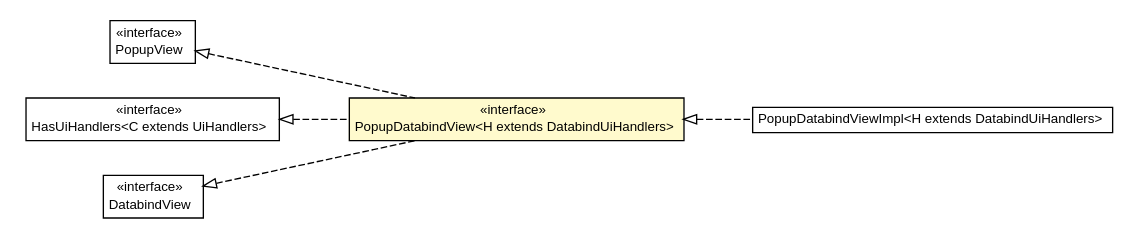
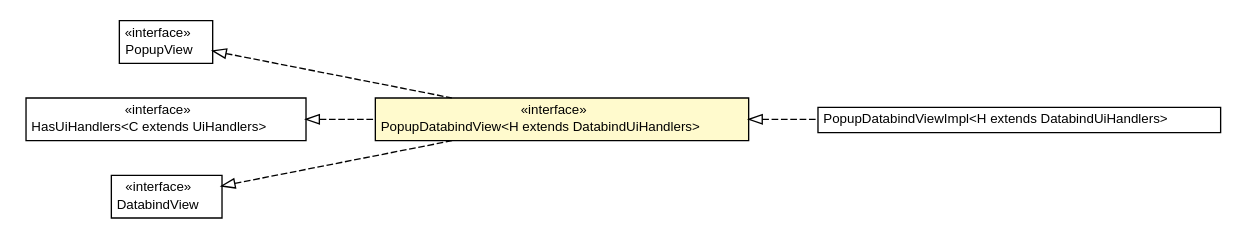
Before and after one commit to growbit/turbogwt-gwtp: the diagram in javadoc/apidocs/org/turbogwt/ext/gwtp/databind/client/PopupDatabindView.dot, drawn with Graphviz. The commit also changed 47 other files, not shown here.

```diff
--- a/javadoc/apidocs/org/turbogwt/ext/gwtp/databind/client/PopupDatabindView.dot
+++ b/javadoc/apidocs/org/turbogwt/ext/gwtp/databind/client/PopupDatabindView.dot
@@ -1,55 +1,55 @@
 #!/usr/local/bin/dot
 #
 # Class diagram 
 # Generated by UMLGraph version R5_6-24-gf6e263 (http://www.umlgraph.org/)
 #
 
 digraph G {
-	edge [fontname="arial",fontsize=10,labelfontname="arial",labelfontsize=10];
-	node [fontname="arial",fontsize=10,shape=plaintext];
+	edge [fontname="Helvetica",fontsize=10,labelfontname="Helvetica",labelfontsize=10];
+	node [fontname="Helvetica",fontsize=10,shape=plaintext];
 	nodesep=0.25;
 	ranksep=0.5;
 	rankdir=LR;
 	// org.turbogwt.ext.gwtp.databind.client.PopupDatabindViewImpl<H extends org.turbogwt.ext.gwtp.databind.client.DatabindUiHandlers>
 	c45 [label=<<table title="org.turbogwt.ext.gwtp.databind.client.PopupDatabindViewImpl" border="0" cellborder="1" cellspacing="0" cellpadding="2" port="p" href="./PopupDatabindViewImpl.html">
 		<tr><td><table border="0" cellspacing="0" cellpadding="1">
 <tr><td align="center" balign="center"> PopupDatabindViewImpl&lt;H extends DatabindUiHandlers&gt; </td></tr>
 		</table></td></tr>
-		</table>>, URL="./PopupDatabindViewImpl.html", fontname="arial", fontcolor="black", fontsize=10.0];
+		</table>>, URL="./PopupDatabindViewImpl.html", fontname="Helvetica", fontcolor="black", fontsize=10.0];
 	// org.turbogwt.ext.gwtp.databind.client.PopupDatabindView<H extends org.turbogwt.ext.gwtp.databind.client.DatabindUiHandlers>
 	c46 [label=<<table title="org.turbogwt.ext.gwtp.databind.client.PopupDatabindView" border="0" cellborder="1" cellspacing="0" cellpadding="2" port="p" bgcolor="lemonChiffon" href="./PopupDatabindView.html">
 		<tr><td><table border="0" cellspacing="0" cellpadding="1">
 <tr><td align="center" balign="center"> &#171;interface&#187; </td></tr>
 <tr><td align="center" balign="center"> PopupDatabindView&lt;H extends DatabindUiHandlers&gt; </td></tr>
 		</table></td></tr>
-		</table>>, URL="./PopupDatabindView.html", fontname="arial", fontcolor="black", fontsize=10.0];
+		</table>>, URL="./PopupDatabindView.html", fontname="Helvetica", fontcolor="black", fontsize=10.0];
 	//org.turbogwt.ext.gwtp.databind.client.PopupDatabindViewImpl<H extends org.turbogwt.ext.gwtp.databind.client.DatabindUiHandlers> implements org.turbogwt.ext.gwtp.databind.client.PopupDatabindView<H extends org.turbogwt.ext.gwtp.databind.client.DatabindUiHandlers>
 	c46:p -> c45:p [dir=back,arrowtail=empty,style=dashed];
 	//org.turbogwt.ext.gwtp.databind.client.PopupDatabindView<H extends org.turbogwt.ext.gwtp.databind.client.DatabindUiHandlers> implements com.gwtplatform.mvp.client.PopupView
 	c51:p -> c46:p [dir=back,arrowtail=empty,style=dashed];
 	//org.turbogwt.ext.gwtp.databind.client.PopupDatabindView<H extends org.turbogwt.ext.gwtp.databind.client.DatabindUiHandlers> implements com.gwtplatform.mvp.client.HasUiHandlers<C extends com.gwtplatform.mvp.client.UiHandlers>
 	c52:p -> c46:p [dir=back,arrowtail=empty,style=dashed];
 	//org.turbogwt.ext.gwtp.databind.client.PopupDatabindView<H extends org.turbogwt.ext.gwtp.databind.client.DatabindUiHandlers> implements org.turbogwt.mvp.databind.client.DatabindView
 	c53:p -> c46:p [dir=back,arrowtail=empty,style=dashed];
 	// com.gwtplatform.mvp.client.PopupView
 	c51 [label=<<table title="com.gwtplatform.mvp.client.PopupView" border="0" cellborder="1" cellspacing="0" cellpadding="2" port="p">
 		<tr><td><table border="0" cellspacing="0" cellpadding="1">
 <tr><td align="center" balign="center"> &#171;interface&#187; </td></tr>
 <tr><td align="center" balign="center"> PopupView </td></tr>
 		</table></td></tr>
-		</table>>, URL="null", fontname="arial", fontcolor="black", fontsize=10.0];
+		</table>>, URL="null", fontname="Helvetica", fontcolor="black", fontsize=10.0];
 	// com.gwtplatform.mvp.client.HasUiHandlers<C extends com.gwtplatform.mvp.client.UiHandlers>
 	c52 [label=<<table title="com.gwtplatform.mvp.client.HasUiHandlers" border="0" cellborder="1" cellspacing="0" cellpadding="2" port="p">
 		<tr><td><table border="0" cellspacing="0" cellpadding="1">
 <tr><td align="center" balign="center"> &#171;interface&#187; </td></tr>
 <tr><td align="center" balign="center"> HasUiHandlers&lt;C extends UiHandlers&gt; </td></tr>
 		</table></td></tr>
-		</table>>, URL="null", fontname="arial", fontcolor="black", fontsize=10.0];
+		</table>>, URL="null", fontname="Helvetica", fontcolor="black", fontsize=10.0];
 	// org.turbogwt.mvp.databind.client.DatabindView
 	c53 [label=<<table title="org.turbogwt.mvp.databind.client.DatabindView" border="0" cellborder="1" cellspacing="0" cellpadding="2" port="p">
 		<tr><td><table border="0" cellspacing="0" cellpadding="1">
 <tr><td align="center" balign="center"> &#171;interface&#187; </td></tr>
 <tr><td align="center" balign="center"> DatabindView </td></tr>
 		</table></td></tr>
-		</table>>, URL="null", fontname="arial", fontcolor="black", fontsize=10.0];
+		</table>>, URL="null", fontname="Helvetica", fontcolor="black", fontsize=10.0];
 }
```
